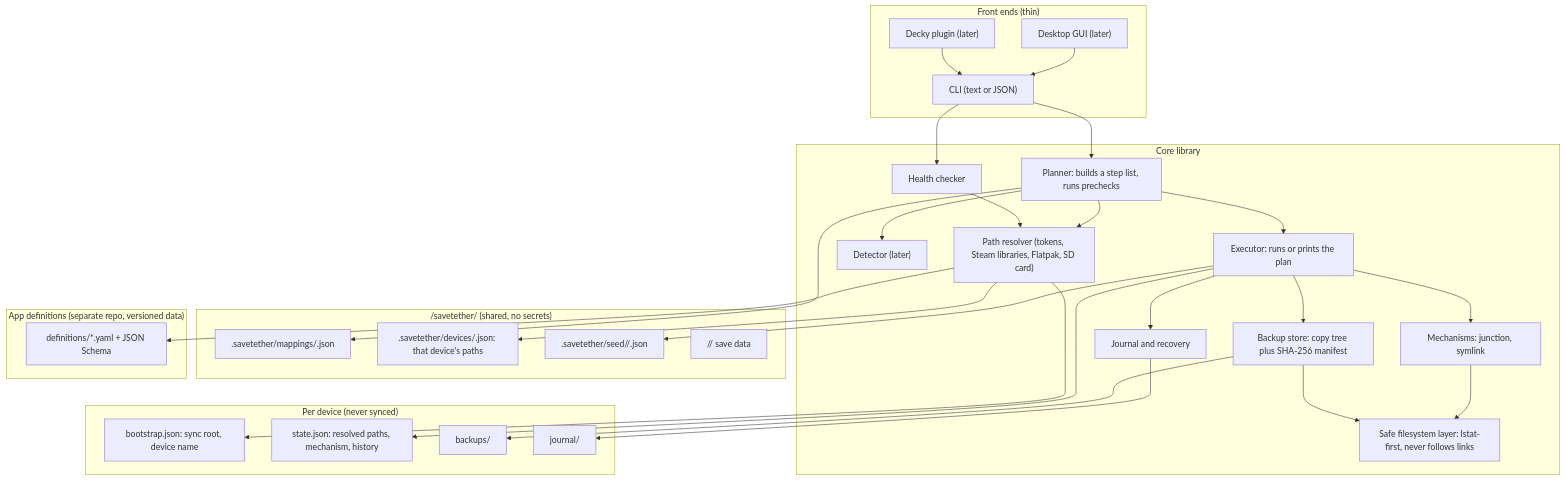
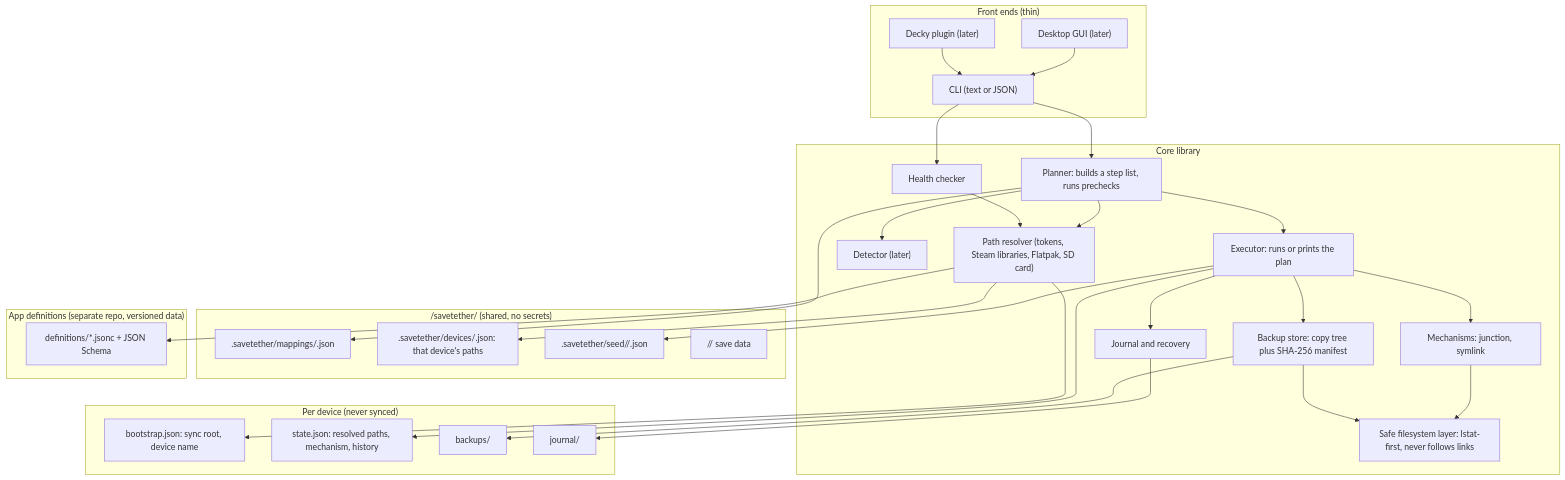
One commit to carlocgc/SaveTether changed the first of 2 diagrams in docs/design/save-redirection-design.md. Above: the diagram before and after it, drawn with Mermaid. The commit also changed other lines of this file and 1 other file, not shown here.

First line of the commit message:
Make app definitions JSON with comments; drop YAML

````diff
--- a/docs/design/save-redirection-design.md
+++ b/docs/design/save-redirection-design.md
@@ -218,57 +218,57 @@
 ```mermaid
 flowchart TB
   subgraph UI["Front ends (thin)"]
     CLI["CLI (text or JSON)"]
     GUI["Desktop GUI (later)"]
     DECKY["Decky plugin (later)"]
   end
   GUI --> CLI
   DECKY --> CLI
 
   subgraph CORE["Core library"]
     RES["Path resolver (tokens, Steam libraries, Flatpak, SD card)"]
     DET["Detector (later)"]
     PLAN["Planner: builds a step list, runs prechecks"]
     EXEC["Executor: runs or prints the plan"]
     HEALTH["Health checker"]
     SAFEFS["Safe filesystem layer: lstat-first, never follows links"]
     MECH["Mechanisms: junction, symlink"]
     BK["Backup store: copy tree plus SHA-256 manifest"]
     JR["Journal and recovery"]
   end
   CLI --> PLAN
   CLI --> HEALTH
   PLAN --> RES
   PLAN --> DET
   PLAN --> EXEC
   EXEC --> MECH
   EXEC --> BK
   EXEC --> JR
   MECH --> SAFEFS
   BK --> SAFEFS
   HEALTH --> RES
 
   subgraph SHARED["<sync root>/savetether/ (shared, no secrets)"]
     MAP[".savetether/mappings/<mapping>.json"]
     DEV[".savetether/devices/<device>.json: that device's paths"]
     SEED[".savetether/seed/<mapping>/<device>.json"]
     DATA["<app>/<save folder>/ save data"]
   end
   subgraph LOCAL["Per device (never synced)"]
     BOOT["bootstrap.json: sync root, device name"]
     STATE["state.json: resolved paths, mechanism, history"]
     BACK["backups/"]
     JOUR["journal/"]
   end
   subgraph DEFS["App definitions (separate repo, versioned data)"]
-    D1["definitions/*.yaml + JSON Schema"]
+    D1["definitions/*.jsonc + JSON Schema"]
   end
   RES --> BOOT
   RES --> DEV
   RES --> D1
   PLAN --> MAP
   EXEC --> STATE
   BK --> BACK
   JR --> JOUR
   EXEC --> SEED
 ```
````
